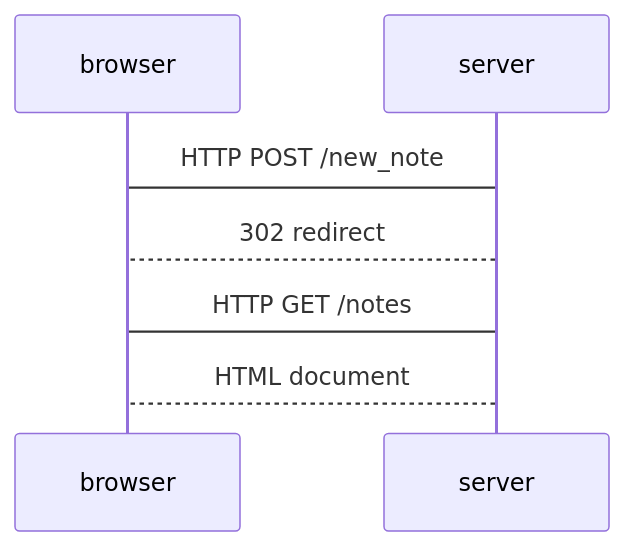
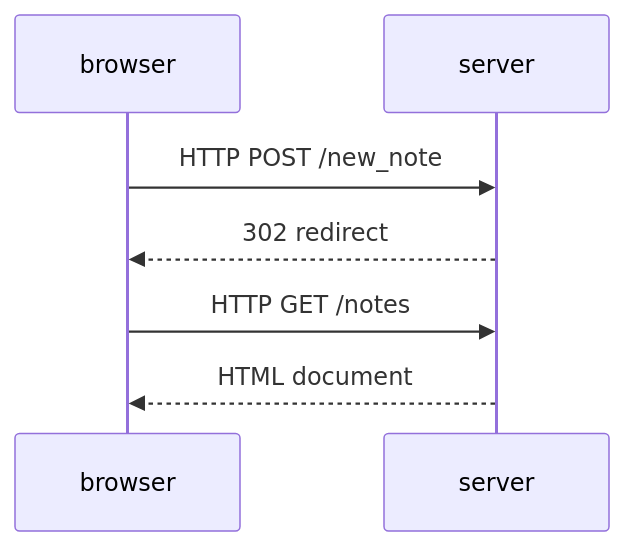
One commit to DilshanCheerangan/FullStack changed the diagram in part0/0.4.md. Above: the diagram before and after it, drawn with Mermaid. The commit also changed 1 other file, not shown here.

Commit message:
added arrow

````diff
--- a/part0/0.4.md
+++ b/part0/0.4.md
@@ -2,12 +2,12 @@
 ```mermaid
 sequenceDiagram
 participant browser
 participant server
 
 
-browser -> server: HTTP POST /new_note
-server --> browser: 302 redirect
-browser -> server: HTTP GET /notes
-server --> browser: HTML document
+browser ->> server: HTTP POST /new_note
+server -->> browser: 302 redirect
+browser ->> server: HTTP GET /notes
+server -->> browser: HTML document
 
 ```
````
